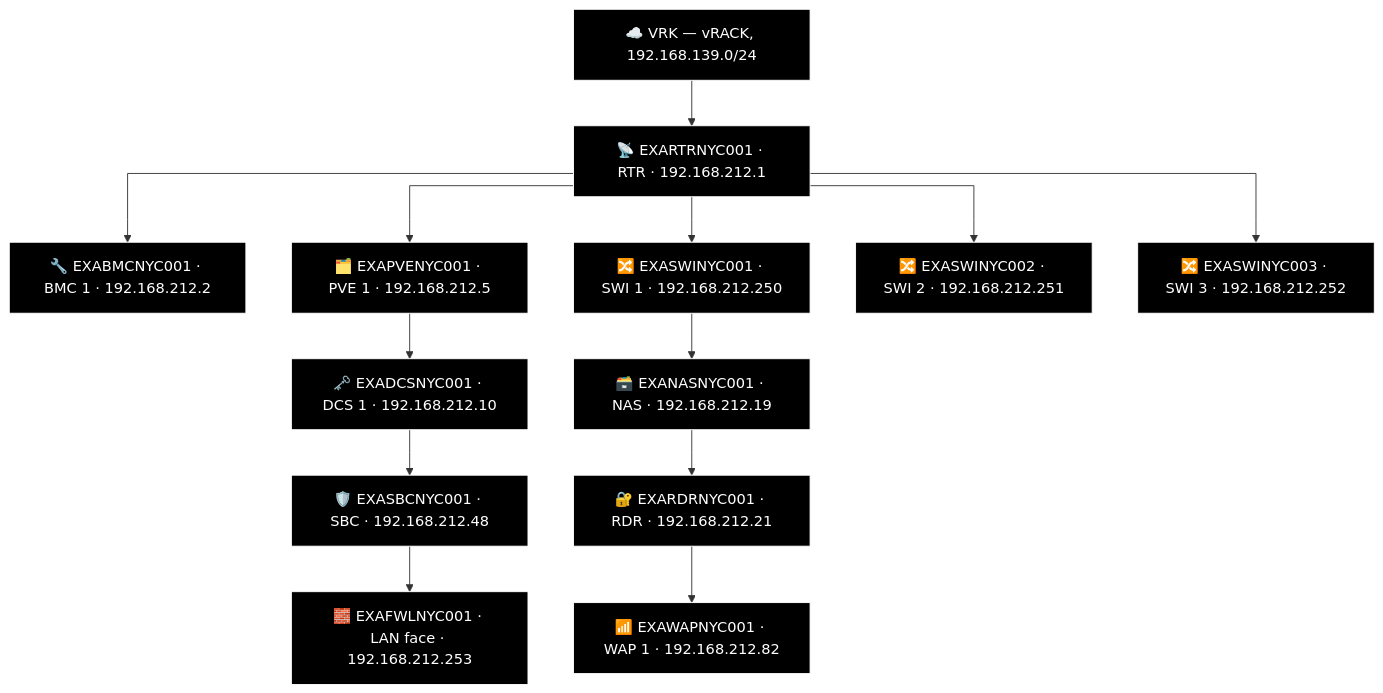
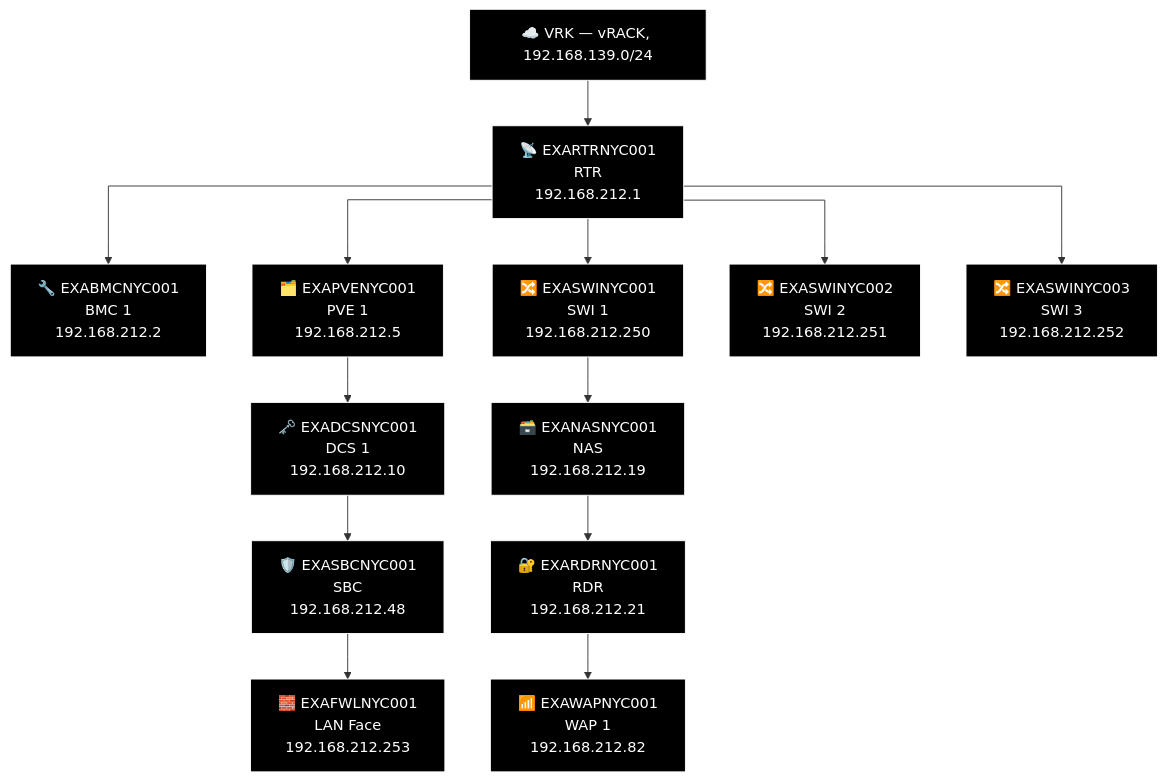
Before and after one commit to knightmare2600/example_music_infra: the fourth of 16 diagrams in docs/network-diagram/united-states.md, drawn with Mermaid. The commit also changed other lines of this file and 18 other files, not shown here.

````diff
--- a/docs/network-diagram/united-states.md
+++ b/docs/network-diagram/united-states.md
@@ -157,40 +157,40 @@
 ```mermaid
 %% GENERATED:TOPOLOGY:NYC:START
 %%{init: {'flowchart': {'curve': 'stepAfter'}}}%%
 graph TD
     T_VRK["☁️ VRK — vRACK, 192.168.139.0/24"]
-    T_RTR["📡 EXARTRNYC001 · RTR · 192.168.212.1"]
+    T_RTR["📡 EXARTRNYC001<br/>RTR<br/>192.168.212.1"]
     T_VRK --> T_RTR
-    T_BMC["🔧 EXABMCNYC001 · BMC 1 · 192.168.212.2"]
+    T_BMC["🔧 EXABMCNYC001<br/>BMC 1<br/>192.168.212.2"]
     T_RTR --> T_BMC
-    T_PVE["🗂️ EXAPVENYC001 · PVE 1 · 192.168.212.5"]
+    T_PVE["🗂️ EXAPVENYC001<br/>PVE 1<br/>192.168.212.5"]
     T_RTR --> T_PVE
-    T_SWI["🔀 EXASWINYC001 · SWI 1 · 192.168.212.250"]
+    T_SWI["🔀 EXASWINYC001<br/>SWI 1<br/>192.168.212.250"]
     T_RTR --> T_SWI
-    T_SWI2["🔀 EXASWINYC002 · SWI 2 · 192.168.212.251"]
+    T_SWI2["🔀 EXASWINYC002<br/>SWI 2<br/>192.168.212.251"]
     T_RTR --> T_SWI2
-    T_SWI3["🔀 EXASWINYC003 · SWI 3 · 192.168.212.252"]
+    T_SWI3["🔀 EXASWINYC003<br/>SWI 3<br/>192.168.212.252"]
     T_RTR --> T_SWI3
-    T_NAS["🗃️ EXANASNYC001 · NAS · 192.168.212.19"]
-    T_RDR["🔐 EXARDRNYC001 · RDR · 192.168.212.21"]
-    T_WAP["📶 EXAWAPNYC001 · WAP 1 · 192.168.212.82"]
+    T_NAS["🗃️ EXANASNYC001<br/>NAS<br/>192.168.212.19"]
+    T_RDR["🔐 EXARDRNYC001<br/>RDR<br/>192.168.212.21"]
+    T_WAP["📶 EXAWAPNYC001<br/>WAP 1<br/>192.168.212.82"]
     T_SWI --> T_NAS --> T_RDR --> T_WAP
-    T_DCS["🗝️ EXADCSNYC001 · DCS 1 · 192.168.212.10"]
-    T_SBC["🛡️ EXASBCNYC001 · SBC · 192.168.212.48"]
-    T_FWL["🧱 EXAFWLNYC001 · LAN face · 192.168.212.253"]
+    T_DCS["🗝️ EXADCSNYC001<br/>DCS 1<br/>192.168.212.10"]
+    T_SBC["🛡️ EXASBCNYC001<br/>SBC<br/>192.168.212.48"]
+    T_FWL["🧱 EXAFWLNYC001<br/>LAN Face<br/>192.168.212.253"]
     T_PVE --> T_DCS --> T_SBC --> T_FWL
     style T_VRK fill:#000000,stroke:#FFFFFF,color:#FFFFFF
     style T_RTR fill:#000000,stroke:#FFFFFF,color:#FFFFFF
     style T_BMC fill:#000000,stroke:#FFFFFF,color:#FFFFFF
     style T_PVE fill:#000000,stroke:#FFFFFF,color:#FFFFFF
     style T_SWI fill:#000000,stroke:#FFFFFF,color:#FFFFFF
     style T_SWI2 fill:#000000,stroke:#FFFFFF,color:#FFFFFF
     style T_SWI3 fill:#000000,stroke:#FFFFFF,color:#FFFFFF
     style T_NAS fill:#000000,stroke:#FFFFFF,color:#FFFFFF
     style T_RDR fill:#000000,stroke:#FFFFFF,color:#FFFFFF
     style T_WAP fill:#000000,stroke:#FFFFFF,color:#FFFFFF
     style T_DCS fill:#000000,stroke:#FFFFFF,color:#FFFFFF
     style T_SBC fill:#000000,stroke:#FFFFFF,color:#FFFFFF
     style T_FWL fill:#000000,stroke:#FFFFFF,color:#FFFFFF
 %% GENERATED:TOPOLOGY:NYC:END
 ```
````
